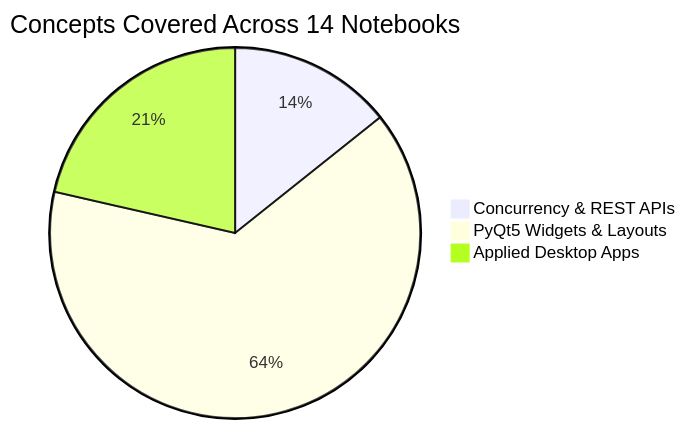
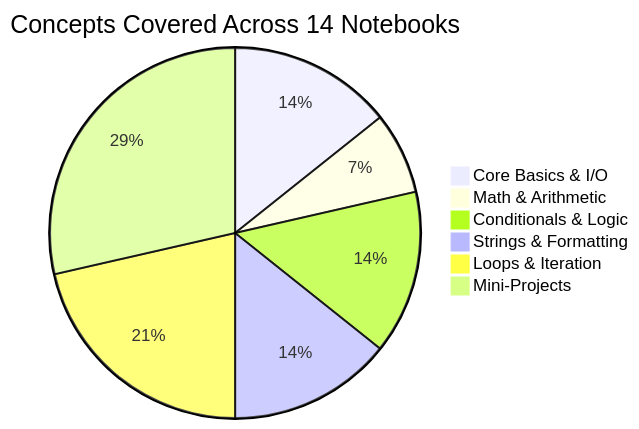
The first of 3 diagrams in Python By Bro Code/04-GUI-and-APIs/README.md (MuhammadZafran33/Algorithm-Arsenal), drawn with Mermaid before and after one commit. The commit also changed other lines of this file, not shown here.

````diff
--- a/Python By Bro Code/04-GUI-and-APIs/README.md
+++ b/Python By Bro Code/04-GUI-and-APIs/README.md
@@ -57,6 +56,9 @@
 ```mermaid
 pie title Concepts Covered Across 14 Notebooks
-    "Concurrency & REST APIs" : 2
-    "PyQt5 Widgets & Layouts" : 9
-    "Applied Desktop Apps" : 3
+    "Core Basics & I/O" : 2
+    "Math & Arithmetic" : 1
+    "Conditionals & Logic" : 2
+    "Strings & Formatting" : 2
+    "Loops & Iteration" : 3
+    "Mini-Projects" : 4
 ```
````
